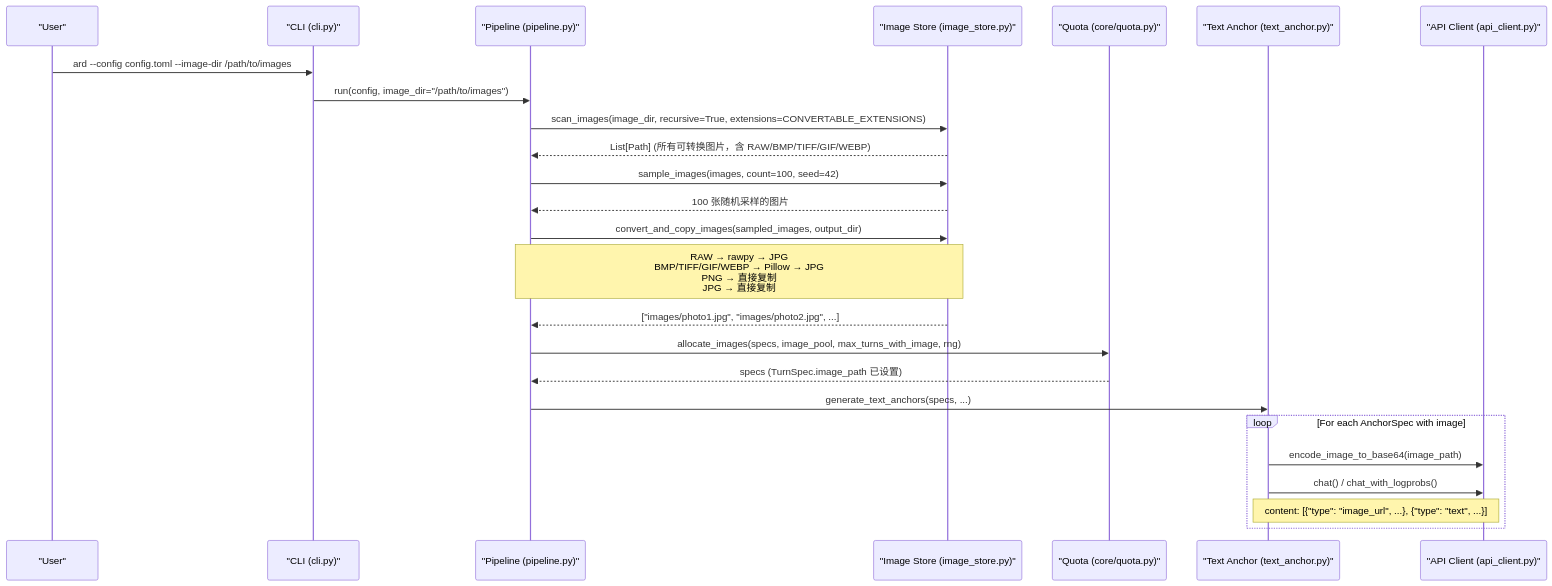
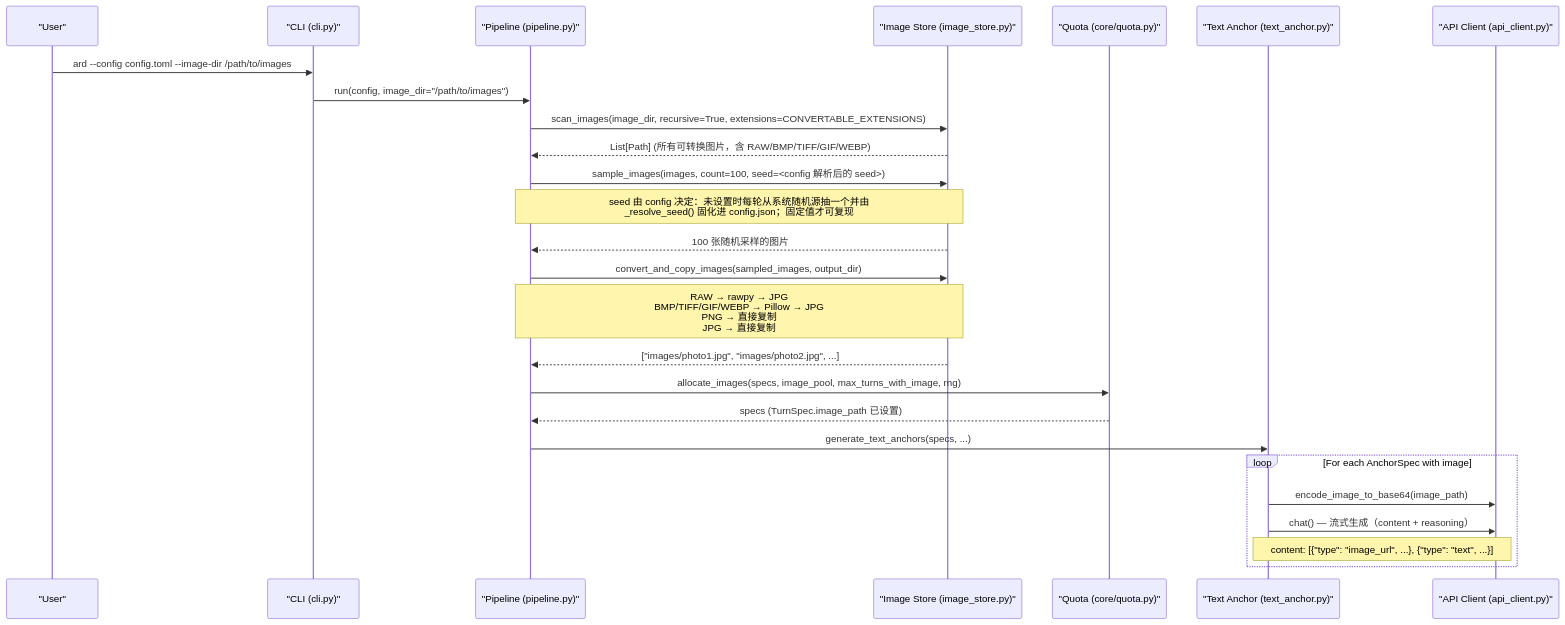
One commit to godthrone/anchor-replay-distillation changed the seventh of 7 diagrams in docs/architecture.md. Above: the diagram before and after it, drawn with Mermaid. The commit also changed other lines of this file and 6 other files, not shown here.

First line of the commit message:
docs: align READMEs, architecture, examples and compliance notes with v3.0.0

````diff
--- a/docs/architecture.md
+++ b/docs/architecture.md
@@ -626,28 +635,29 @@
 ```mermaid
 sequenceDiagram
     participant User as "User"
     participant CLI as "CLI (cli.py)"
     participant Pipeline as "Pipeline (pipeline.py)"
     participant IS as "Image Store (image_store.py)"
     participant Quota as "Quota (core/quota.py)"
     participant TextAnchor as "Text Anchor (text_anchor.py)"
     participant API as "API Client (api_client.py)"
 
     User->>CLI: ard --config config.toml --image-dir /path/to/images
     CLI->>Pipeline: run(config, image_dir="/path/to/images")
     Pipeline->>IS: scan_images(image_dir, recursive=True, extensions=CONVERTABLE_EXTENSIONS)
     IS-->>Pipeline: List[Path] (所有可转换图片，含 RAW/BMP/TIFF/GIF/WEBP)
-    Pipeline->>IS: sample_images(images, count=100, seed=42)
+    Pipeline->>IS: sample_images(images, count=100, seed=<config 解析后的 seed>)
+    Note over Pipeline,IS: seed 由 config 决定：未设置时每轮从系统随机源抽一个并由<br/>_resolve_seed() 固化进 config.json；固定值才可复现
     IS-->>Pipeline: 100 张随机采样的图片
     Pipeline->>IS: convert_and_copy_images(sampled_images, output_dir)
     Note over Pipeline,IS: RAW → rawpy → JPG<br/>BMP/TIFF/GIF/WEBP → Pillow → JPG<br/>PNG → 直接复制<br/>JPG → 直接复制
     IS-->>Pipeline: ["images/photo1.jpg", "images/photo2.jpg", ...]
     Pipeline->>Quota: allocate_images(specs, image_pool, max_turns_with_image, rng)
     Quota-->>Pipeline: specs (TurnSpec.image_path 已设置)
     Pipeline->>TextAnchor: generate_text_anchors(specs, ...)
     loop For each AnchorSpec with image
         TextAnchor->>API: encode_image_to_base64(image_path)
-        TextAnchor->>API: chat() / chat_with_logprobs()
+        TextAnchor->>API: chat() — 流式生成（content + reasoning）
         Note over TextAnchor,API: content: [{"type": "image_url", ...}, {"type": "text", ...}]
     end
 ```
````
